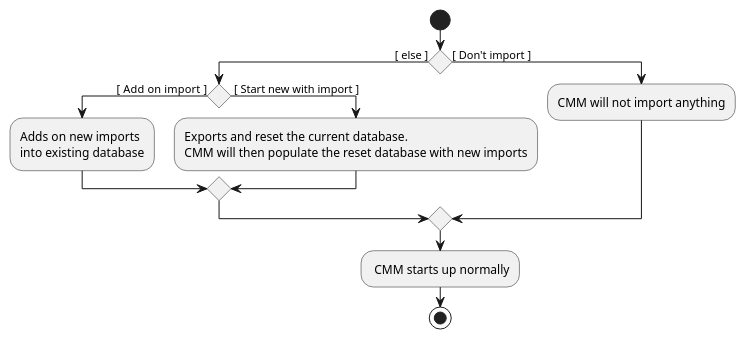
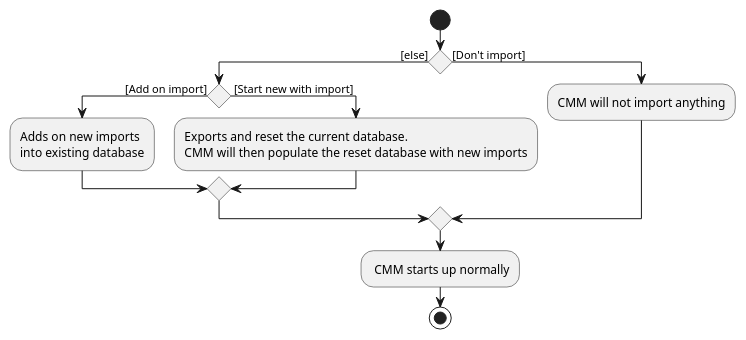
The diagram in docs/diagrams/ImportDecision.puml (pranav-ganesh/tp), drawn with PlantUML before and after one commit. The commit also changed 2 other files, not shown here.

```diff
--- a/docs/diagrams/ImportDecision.puml
+++ b/docs/diagrams/ImportDecision.puml
@@ -1,17 +1,17 @@
 @startuml
 'https://plantuml.com/activity-diagram-beta
 
 start
-if () then ([ else ])
-  if () then ([ Add on import  ])
+if () then ([else])
+  if () then ([Add on import])
     :Adds on new imports \ninto existing database;
-  else ( [ Start new with import ] )
+  else ( [Start new with import] )
       :Exports and reset the current database.\nCMM will then populate the reset database with new imports;
   endif
-else ([ Don't import ])
+else ([Don't import])
     :CMM will not import anything;
 endif
 - CMM starts up normally
 stop
 
 @enduml
```
